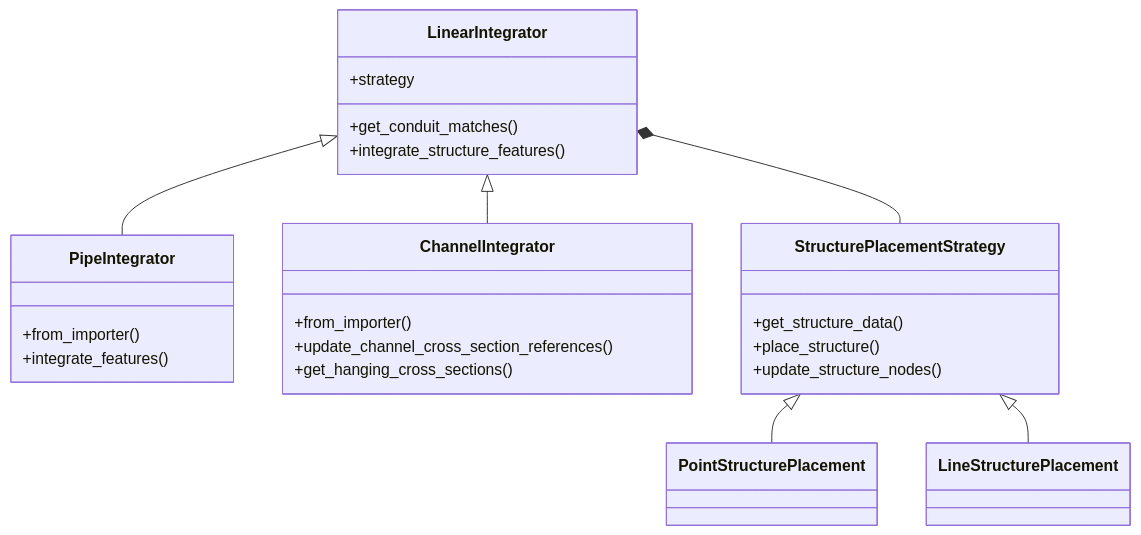
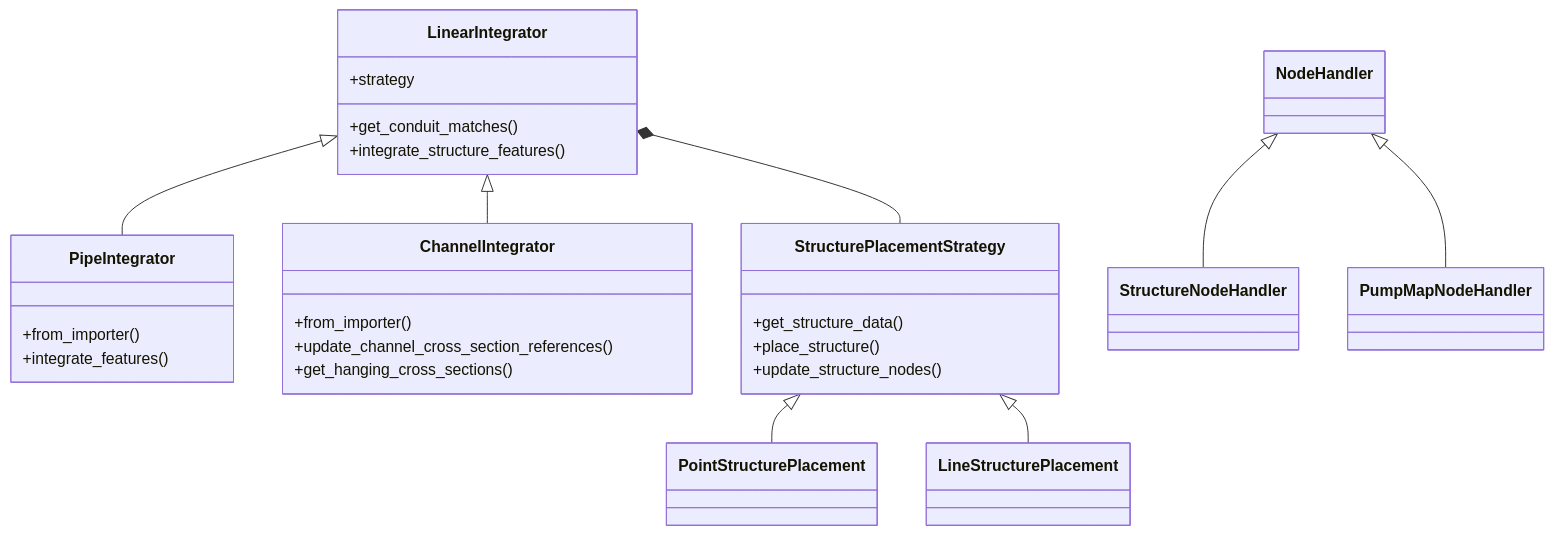
The fifth of 5 diagrams in threedi_schematisation_editor/vector_data_importer/DESIGN.md (nens/threedi-schematisation-editor), drawn with Mermaid before and after one commit. The commit also changed other lines of this file, not shown here.

````diff
--- a/threedi_schematisation_editor/vector_data_importer/DESIGN.md
+++ b/threedi_schematisation_editor/vector_data_importer/DESIGN.md
@@ -355,37 +362,43 @@
 ```mermaid
 classDiagram
     class LinearIntegrator {
         +get_conduit_matches()
         +integrate_structure_features()
         +strategy
         
     }
 
     class PipeIntegrator {
         +from_importer()
         +integrate_features()
     }
 
     class ChannelIntegrator {
         +from_importer()
         +update_channel_cross_section_references()
         +get_hanging_cross_sections()
     }    
     
     class StructurePlacementStrategy {
         +get_structure_data()
         +place_structure()
         +update_structure_nodes()
     }  
     
     class PointStructurePlacement 
     class LineStructurePlacement
     
+    class NodeHandler
+    class StructureNodeHandler
+    class PumpMapNodeHandler
+    
     LinearIntegrator <|-- PipeIntegrator
     LinearIntegrator <|-- ChannelIntegrator
     
     StructurePlacementStrategy <|-- PointStructurePlacement
     StructurePlacementStrategy <|-- LineStructurePlacement
+    NodeHandler <|-- StructureNodeHandler
+    NodeHandler <|-- PumpMapNodeHandler
     
     LinearIntegrator *-- StructurePlacementStrategy
 ```
````
